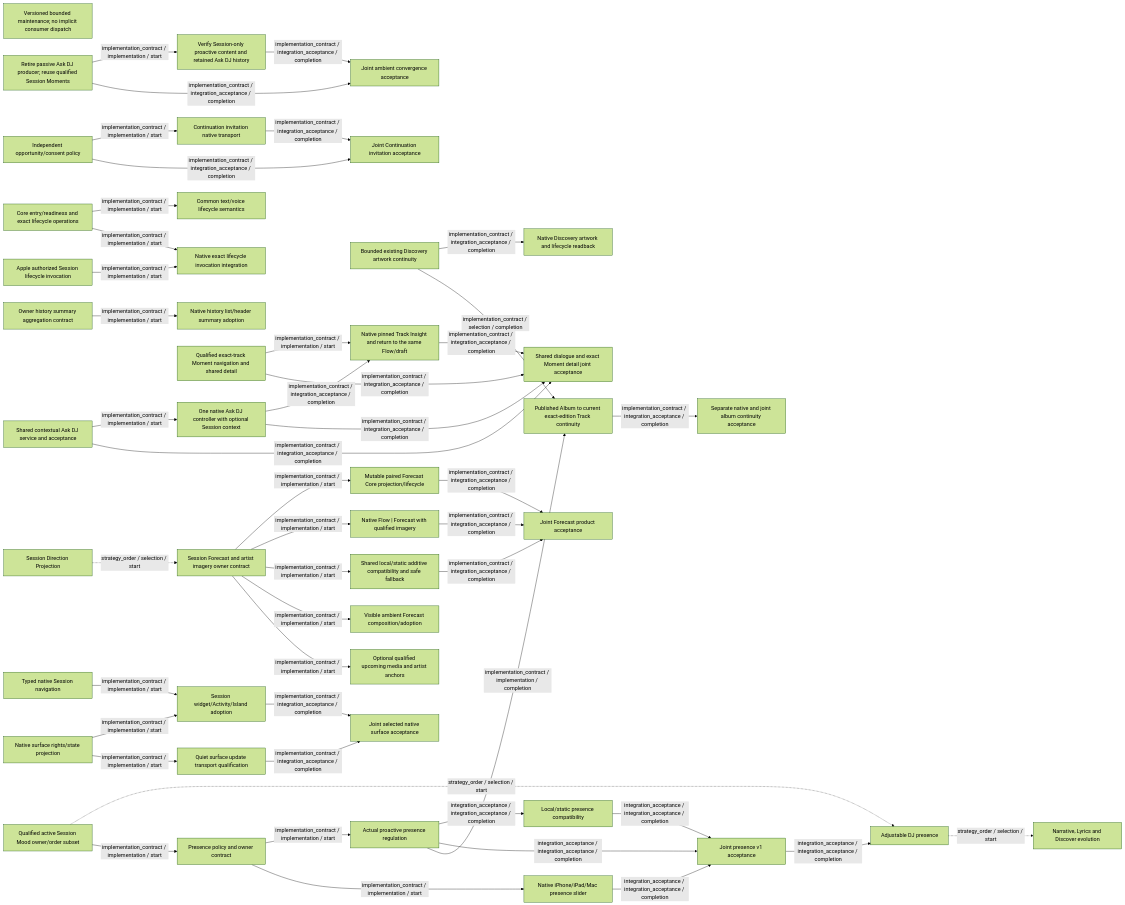
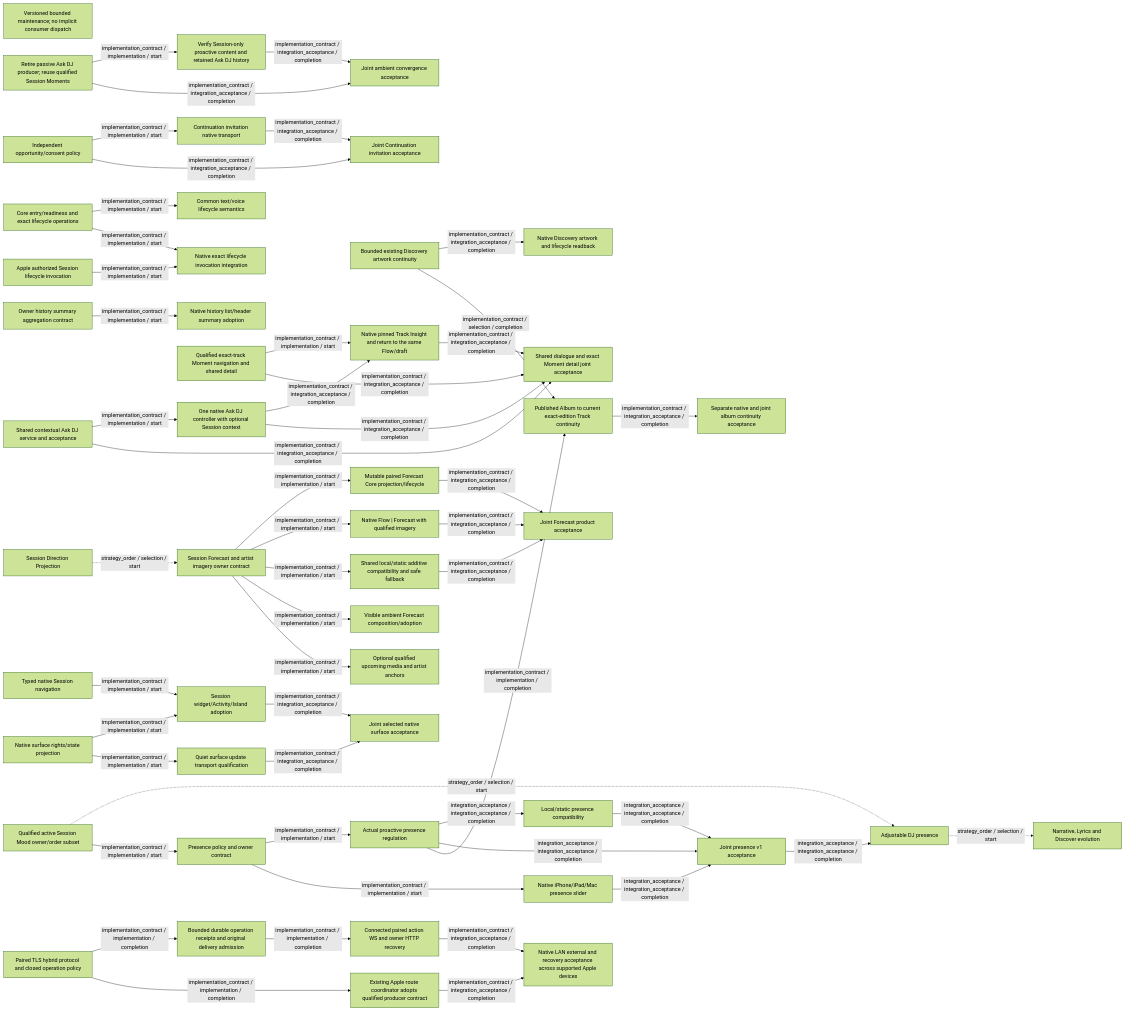
One commit to pcvantol/djconnect changed the diagram in docs/roadmap/v1/diagrams/milestones.mmd. Above: the diagram before and after it, drawn with Mermaid (forest theme). The commit also changed 71 other files, not shown here.

First line of the commit message:
feat: converge paired hybrid transport and complete integration localization (#1170)

```diff
--- a/docs/roadmap/v1/diagrams/milestones.mmd
+++ b/docs/roadmap/v1/diagrams/milestones.mmd
@@ -1,89 +1,99 @@
 flowchart LR
   note["Versioned bounded maintenance; no implicit consumer dispatch"]
   n226["Verify Session-only proactive content and retained Ask DJ history"]
   n225["Retire passive Ask DJ producer; reuse qualified Session Moments"]
   n227["Joint ambient convergence acceptance"]
   n241["Continuation invitation native transport"]
   n240["Independent opportunity/consent policy"]
   n242["Joint Continuation invitation acceptance"]
   n244["One native Ask DJ controller with optional Session context"]
   n243["Shared contextual Ask DJ service and acceptance"]
   n247["Shared dialogue and exact Moment detail joint acceptance"]
   n215["Native Discovery artwork and lifecycle readback"]
   n214["Bounded existing Discovery artwork continuity"]
   n232["Native exact lifecycle invocation integration"]
   n229["Common text/voice lifecycle semantics"]
   n228["Core entry/readiness and exact lifecycle operations"]
   n220["Native Flow | Forecast with qualified imagery"]
   n218["Session Forecast and artist imagery owner contract"]
   n219["Mutable paired Forecast Core projection/lifecycle"]
   n224["Optional qualified upcoming media and artist anchors"]
   n222["Joint Forecast product acceptance"]
   n221["Shared local/static additive compatibility and safe fallback"]
   n223["Visible ambient Forecast composition/adoption"]
   n234["Native history list/header summary adoption"]
   n233["Owner history summary aggregation contract"]
   n246["Native pinned Track Insight and return to the same Flow/draft"]
   n245["Qualified exact-track Moment navigation and shared detail"]
   n207["Adjustable DJ presence"]
   n70["Apple authorized Session lifecycle invocation"]
   n23["Session Direction Projection"]
   n44["Narrative, Lyrics and Discover evolution"]
   n212["Joint presence v1 acceptance"]
   n211["Local/static presence compatibility"]
   n217["Separate native and joint album continuity acceptance"]
   n216["Published Album to current exact-edition Track continuity"]
   n210["Native iPhone/iPad/Mac presence slider"]
   n213["Qualified active Session Mood owner/order subset"]
   n208["Presence policy and owner contract"]
   n209["Actual proactive presence regulation"]
   n237["Session widget/Activity/Island adoption"]
   n236["Typed native Session navigation"]
   n238["Quiet surface update transport qualification"]
   n235["Native surface rights/state projection"]
   n239["Joint selected native surface acceptance"]
+  n251["Existing Apple route coordinator adopts qualified producer contract"]
+  n248["Paired TLS hybrid protocol and closed operation policy"]
+  n250["Connected paired action WS and owner HTTP recovery"]
+  n249["Bounded durable operation receipts and original delivery admission"]
+  n252["Native LAN external and recovery acceptance across supported Apple devices"]
   n208 -->|implementation_contract / implementation / start| n209
   n208 -->|implementation_contract / implementation / start| n210
   n209 -->|integration_acceptance / integration_acceptance / completion| n211
   n209 -->|integration_acceptance / integration_acceptance / completion| n212
   n210 -->|integration_acceptance / integration_acceptance / completion| n212
   n211 -->|integration_acceptance / integration_acceptance / completion| n212
   n212 -->|integration_acceptance / integration_acceptance / completion| n207
   n213 -.->|strategy_order / selection / start| n207
   n213 -->|implementation_contract / implementation / start| n208
   n207 -.->|strategy_order / selection / start| n44
   n214 -->|implementation_contract / integration_acceptance / completion| n215
   n214 -->|implementation_contract / selection / completion| n216
   n209 -->|implementation_contract / implementation / completion| n216
   n216 -->|implementation_contract / integration_acceptance / completion| n217
   n23 -.->|strategy_order / selection / start| n218
   n218 -->|implementation_contract / implementation / start| n219
   n218 -->|implementation_contract / implementation / start| n220
   n218 -->|implementation_contract / implementation / start| n221
   n219 -->|implementation_contract / integration_acceptance / completion| n222
   n220 -->|implementation_contract / integration_acceptance / completion| n222
   n221 -->|implementation_contract / integration_acceptance / completion| n222
   n218 -->|implementation_contract / implementation / start| n223
   n218 -->|implementation_contract / implementation / start| n224
   n225 -->|implementation_contract / implementation / start| n226
   n225 -->|implementation_contract / integration_acceptance / completion| n227
   n226 -->|implementation_contract / integration_acceptance / completion| n227
   n228 -->|implementation_contract / implementation / start| n229
   n228 -->|implementation_contract / implementation / start| n232
   n70 -->|implementation_contract / implementation / start| n232
   n233 -->|implementation_contract / implementation / start| n234
   n235 -->|implementation_contract / implementation / start| n237
   n236 -->|implementation_contract / implementation / start| n237
   n235 -->|implementation_contract / implementation / start| n238
   n237 -->|implementation_contract / integration_acceptance / completion| n239
   n238 -->|implementation_contract / integration_acceptance / completion| n239
   n240 -->|implementation_contract / implementation / start| n241
   n240 -->|implementation_contract / integration_acceptance / completion| n242
   n241 -->|implementation_contract / integration_acceptance / completion| n242
   n243 -->|implementation_contract / implementation / start| n244
   n245 -->|implementation_contract / implementation / start| n246
   n244 -->|implementation_contract / integration_acceptance / completion| n246
   n243 -->|implementation_contract / integration_acceptance / completion| n247
   n245 -->|implementation_contract / integration_acceptance / completion| n247
   n244 -->|implementation_contract / integration_acceptance / completion| n247
   n246 -->|implementation_contract / integration_acceptance / completion| n247
+  n248 -->|implementation_contract / implementation / completion| n249
+  n249 -->|implementation_contract / implementation / completion| n250
+  n248 -->|implementation_contract / implementation / completion| n251
+  n250 -->|implementation_contract / integration_acceptance / completion| n252
+  n251 -->|implementation_contract / integration_acceptance / completion| n252
```
